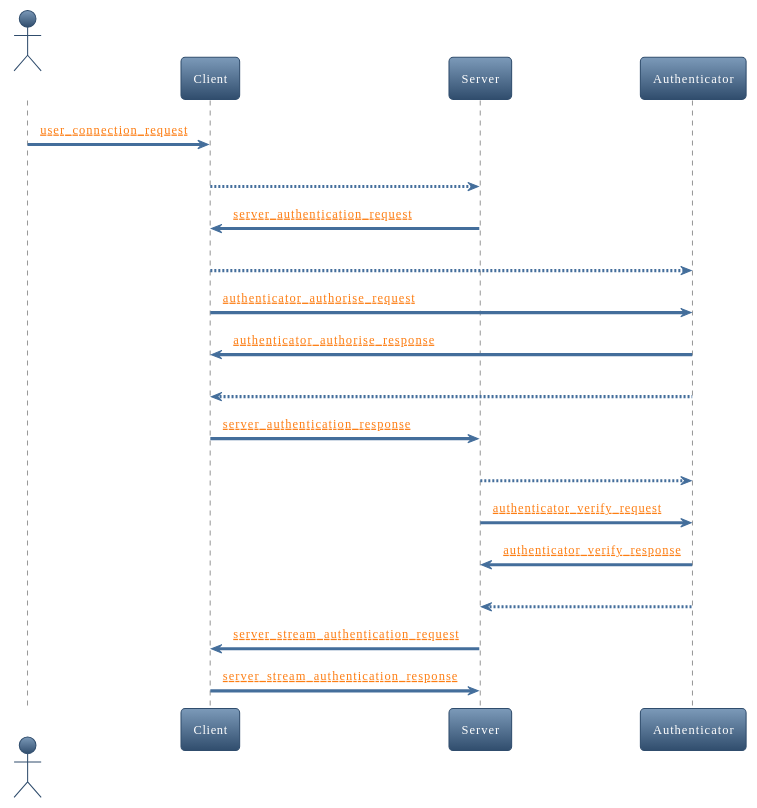
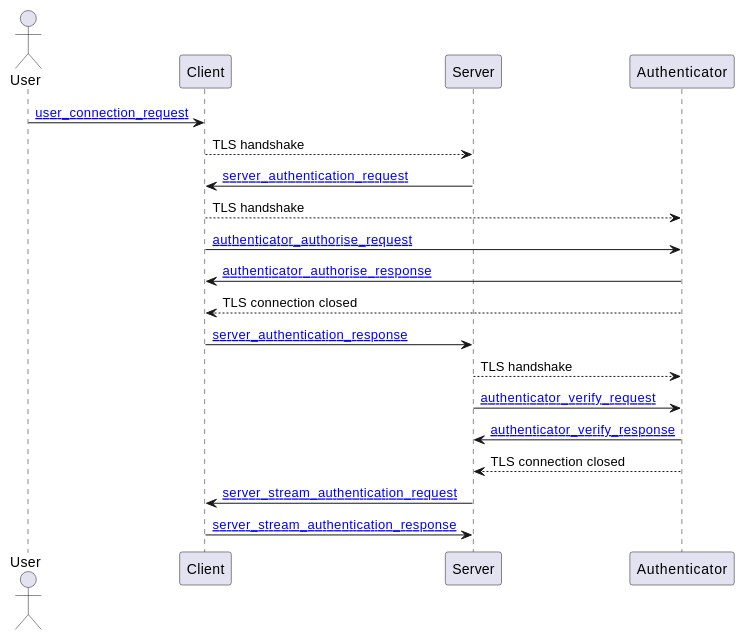
Before and after one commit to dgolbourn/eiko: the second of 2 diagrams in docs/sequence.md, drawn with PlantUML. The commit also changed other lines of this file, not shown here.

```diff
--- a/docs/sequence.md
+++ b/docs/sequence.md
@@ -22,20 +26,19 @@
 :::{plantuml}
     @startuml
-    !theme spacelab    
     actor User
     User -> Client : [[https://github.com/dgolbourn/eiko/blob/main/res/schemas/user_connection_request.json user_connection_request]]
     Client --> Server : TLS handshake
     Server -> Client : [[https://github.com/dgolbourn/eiko/blob/main/res/schemas/server_authentication_request.json server_authentication_request]]
     Client --> Authenticator : TLS handshake
     Client -> Authenticator : [[https://github.com/dgolbourn/eiko/blob/main/res/schemas/authenticator_authorise_request.json authenticator_authorise_request]]
     Authenticator -> Client : [[https://github.com/dgolbourn/eiko/blob/main/res/schemas/authenticator_authorise_response.json authenticator_authorise_response]]
     Client <-- Authenticator : TLS connection closed
     Client -> Server : [[https://github.com/dgolbourn/eiko/blob/main/res/schemas/server_authentication_response.json server_authentication_response]]
     Server --> Authenticator : TLS handshake
     Server -> Authenticator : [[https://github.com/dgolbourn/eiko/blob/main/res/schemas/authenticator_verify_request.json authenticator_verify_request]]
     Authenticator -> Server : [[https://github.com/dgolbourn/eiko/blob/main/res/schemas/authenticator_verify_response.json authenticator_verify_response]]
     Server <-- Authenticator : TLS connection closed
     Server -> Client : [[https://github.com/dgolbourn/eiko/blob/main/res/schemas/server_stream_authentication_request.json server_stream_authentication_request]]
     Client -> Server : [[https://github.com/dgolbourn/eiko/blob/main/res/schemas/server_stream_authentication_response.json server_stream_authentication_response]]
     @enduml
 :::
```
